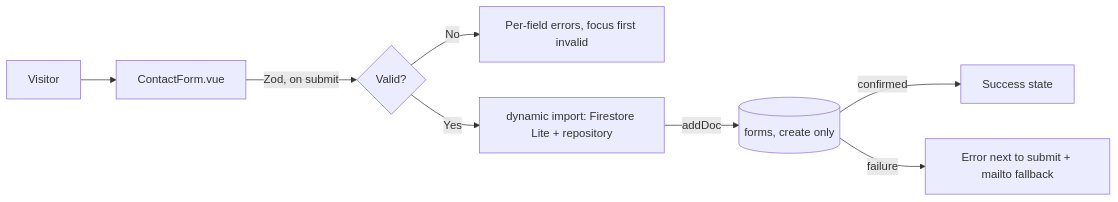
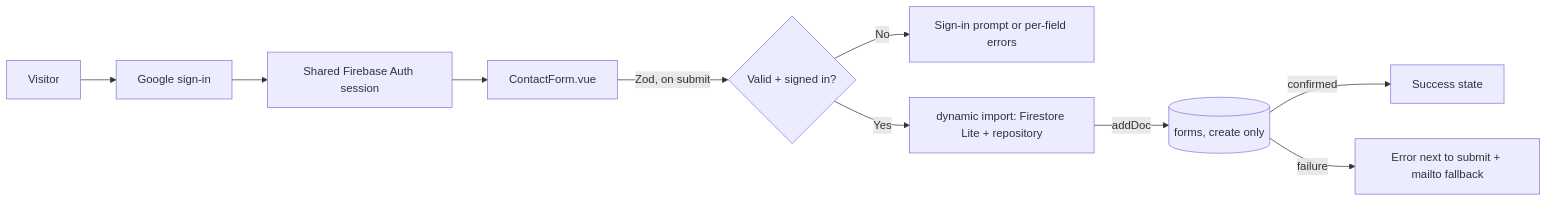
Before and after one commit to NorthSideBoy/serverless-astro-vue-tailwind-portfolio: the third of 5 diagrams in docs/architecture.md, drawn with Mermaid. The commit also changed other lines of this file and 22 other files, not shown here.

First line of the commit message:
feat(contact): require Google sign-in and share the session

````diff
--- a/docs/architecture.md
+++ b/docs/architecture.md
@@ -163,10 +167,12 @@
 ```mermaid
 flowchart LR
-  V[Visitor] --> F[ContactForm.vue]
-  F -->|Zod, on submit| S{Valid?}
-  S -->|No| E[Per-field errors, focus first invalid]
-  S -->|Yes| D[dynamic import: Firestore Lite + repository]
-  D -->|addDoc| C[(forms, create only)]
+  V[Visitor] --> A[Google sign-in]
+  A --> S[Shared Firebase Auth session]
+  S --> F[ContactForm.vue]
+  F -->|Zod, on submit| D{Valid + signed in?}
+  D -->|No| E[Sign-in prompt or per-field errors]
+  D -->|Yes| R[dynamic import: Firestore Lite + repository]
+  R -->|addDoc| C[(forms, create only)]
   C -->|confirmed| OK[Success state]
   C -->|failure| ERR[Error next to submit + mailto fallback]
 ```
````
